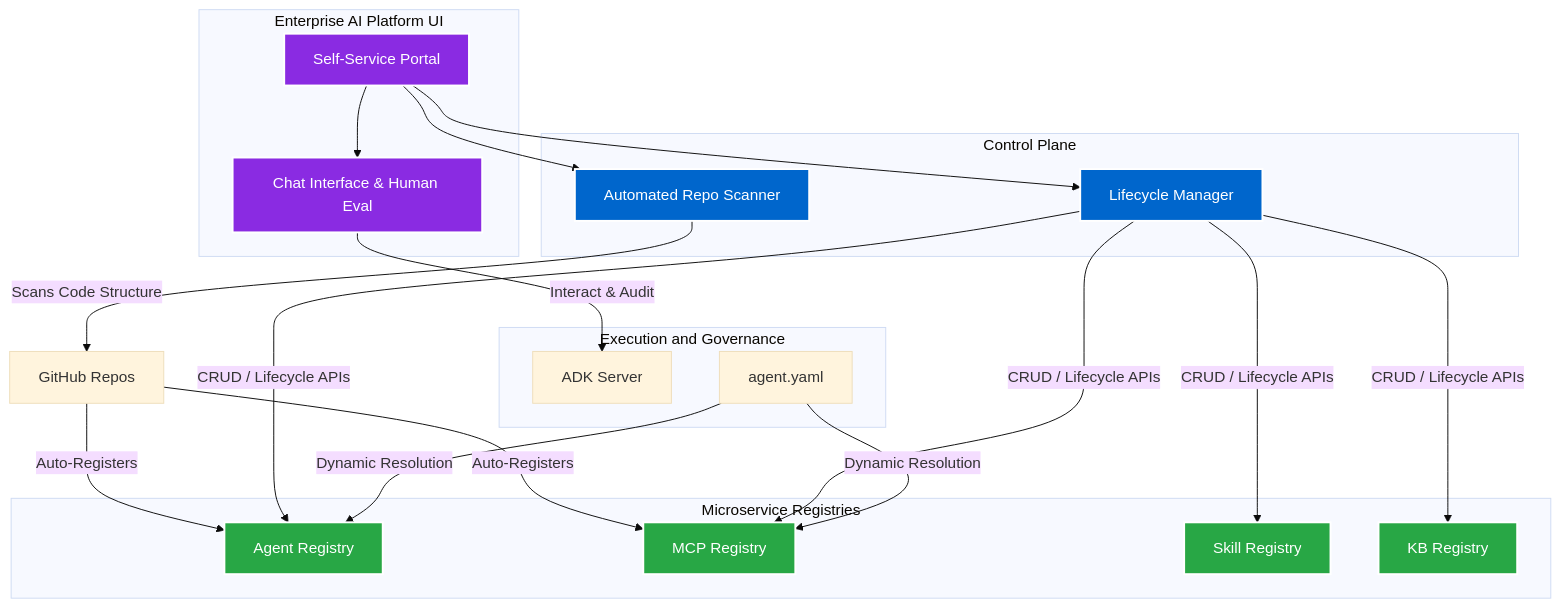
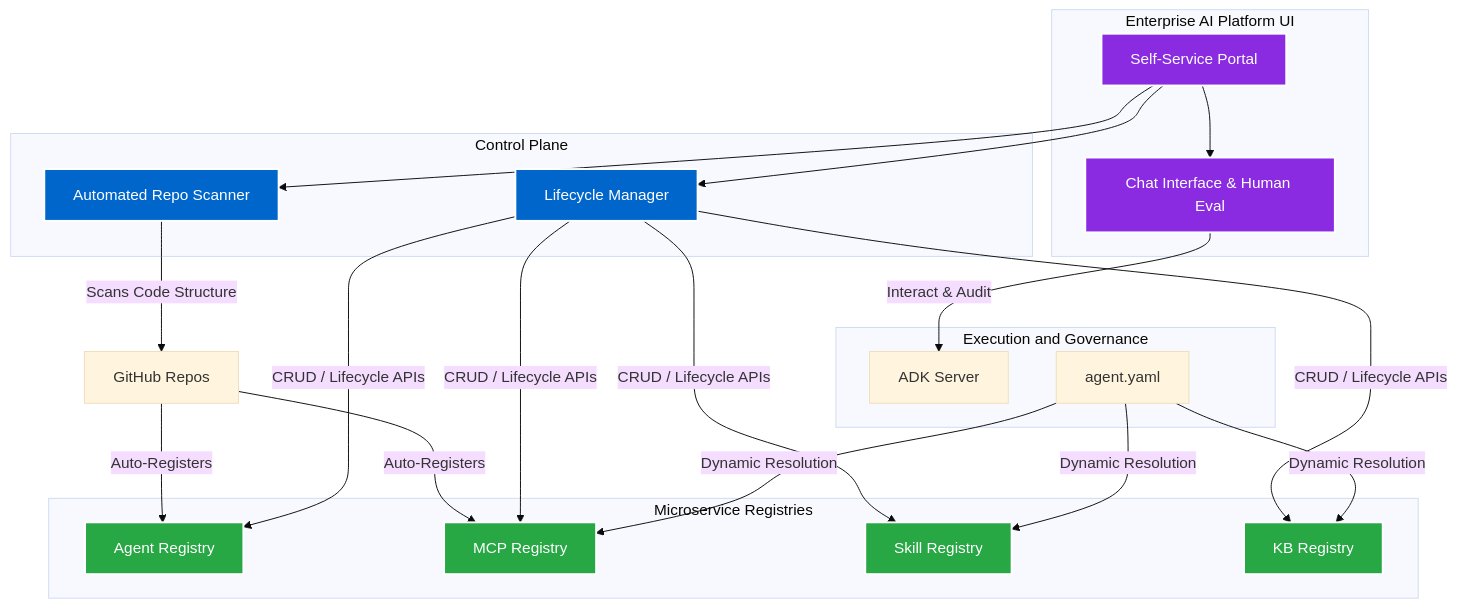
Before and after one commit to VinodKumarKP/my_portfolio: the diagram in src/content/projects/enterprise-ai-platform.md, drawn with Mermaid (base theme).

````diff
--- a/src/content/projects/enterprise-ai-platform.md
+++ b/src/content/projects/enterprise-ai-platform.md
@@ -43,49 +43,50 @@
 ```mermaid
 graph TD
     subgraph SG1 [Enterprise AI Platform UI]
         UI[Self-Service Portal]
         Chat["Chat Interface & Human Eval"]
     end
 
     subgraph SG2 [Control Plane]
         Scanner[Automated Repo Scanner]
         LC[Lifecycle Manager]
     end
 
     subgraph SG3 [Microservice Registries]
         AR[Agent Registry]
         MR[MCP Registry]
         SR[Skill Registry]
         KR[KB Registry]
     end
 
     subgraph SG4 [Execution and Governance]
         ADK[ADK Server]
         YAML["agent.yaml"]
     end
 
     UI --> LC
     UI --> Chat
     UI --> Scanner
 
     Scanner -->|"Scans Code Structure"| GitHub[GitHub Repos]
     GitHub -->|"Auto-Registers"| AR
     GitHub -->|"Auto-Registers"| MR
 
     LC -->|"CRUD / Lifecycle APIs"| AR
     LC -->|"CRUD / Lifecycle APIs"| MR
     LC -->|"CRUD / Lifecycle APIs"| SR
     LC -->|"CRUD / Lifecycle APIs"| KR
 
     Chat -->|"Interact & Audit"| ADK
-    YAML -->|"Dynamic Resolution"| AR
     YAML -->|"Dynamic Resolution"| MR
+    YAML -->|"Dynamic Resolution"| SR
+    YAML -->|"Dynamic Resolution"| KR
 
     classDef ui fill:#8a2be2,stroke:#fff,stroke-width:2px,color:#fff;
     classDef control fill:#0066cc,stroke:#fff,stroke-width:2px,color:#fff;
     classDef reg fill:#28a745,stroke:#fff,stroke-width:2px,color:#fff;
     
     class UI,Chat ui;
     class Scanner,LC control;
     class AR,MR,SR,KR reg;
 ```
````
